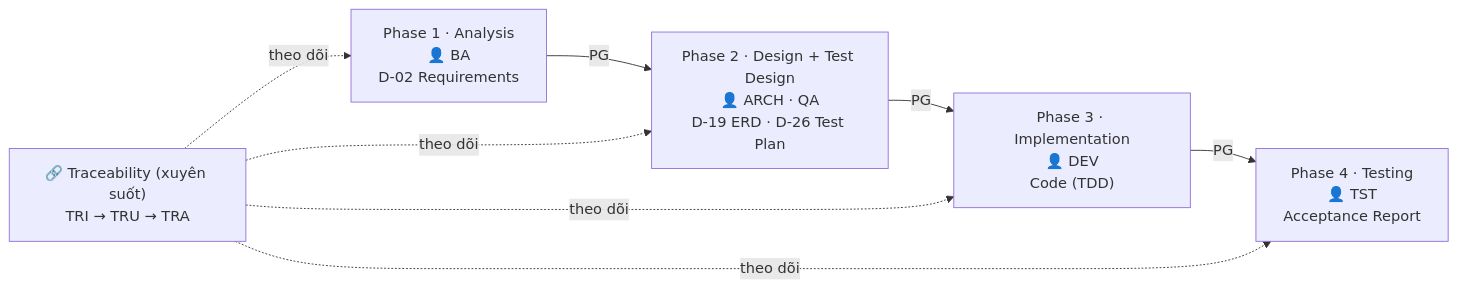
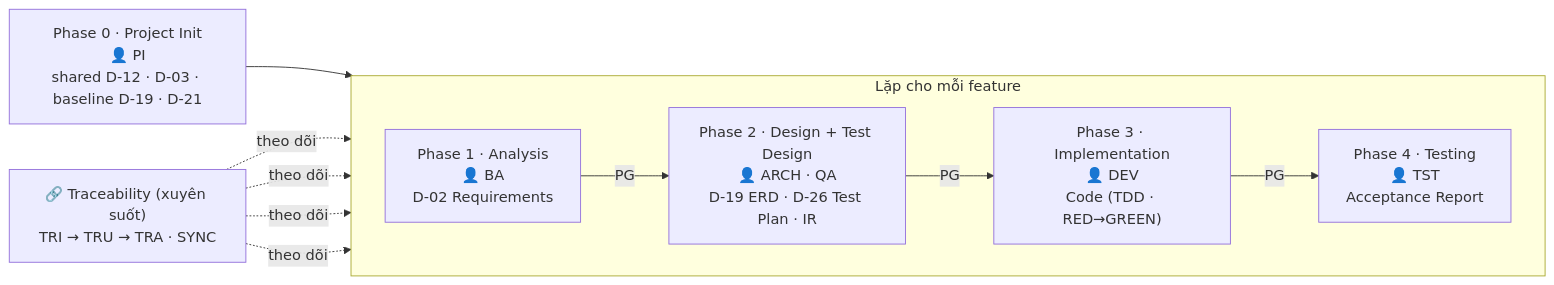
Before and after one commit to hanh9898/waterfall-bmad-method: the diagram in README.md, drawn with Mermaid. The commit also changed other lines of this file and 29 other files, not shown here.

First line of the commit message:
docs(hbc): đồng bộ toàn bộ tài liệu sang v2 (incremental per-feature + TDD)

````diff
--- a/README.md
+++ b/README.md
@@ -69,12 +73,18 @@
 ```mermaid
 flowchart LR
-    P1["Phase 1 · Analysis<br/>👤 BA<br/>D-02 Requirements"]
-    P2["Phase 2 · Design + Test Design<br/>👤 ARCH · QA<br/>D-19 ERD · D-26 Test Plan"]
-    P3["Phase 3 · Implementation<br/>👤 DEV<br/>Code (TDD)"]
-    P4["Phase 4 · Testing<br/>👤 TST<br/>Acceptance Report"]
+    P0["Phase 0 · Project Init<br/>👤 PI<br/>shared D-12 · D-03 · baseline D-19 · D-21"]
 
-    P1 -->|PG| P2 -->|PG| P3 -->|PG| P4
+    subgraph FEAT["Lặp cho mỗi feature"]
+        direction LR
+        P1["Phase 1 · Analysis<br/>👤 BA<br/>D-02 Requirements"]
+        P2["Phase 2 · Design + Test Design<br/>👤 ARCH · QA<br/>D-19 ERD · D-26 Test Plan · IR"]
+        P3["Phase 3 · Implementation<br/>👤 DEV<br/>Code (TDD · RED→GREEN)"]
+        P4["Phase 4 · Testing<br/>👤 TST<br/>Acceptance Report"]
+        P1 -->|PG| P2 -->|PG| P3 -->|PG| P4
+    end
 
-    TR["🔗 Traceability (xuyên suốt)<br/>TRI → TRU → TRA"]
+    P0 --> P1
+
+    TR["🔗 Traceability (xuyên suốt)<br/>TRI → TRU → TRA · SYNC"]
     TR -.->|theo dõi| P1 & P2 & P3 & P4
 ```
````
